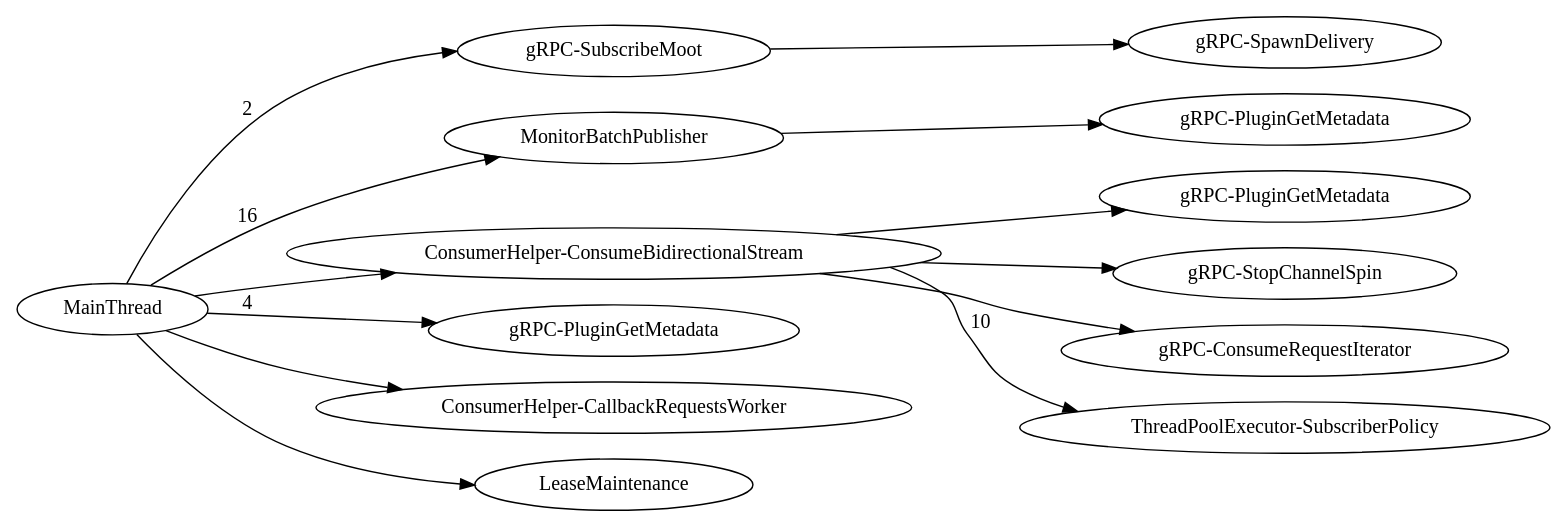
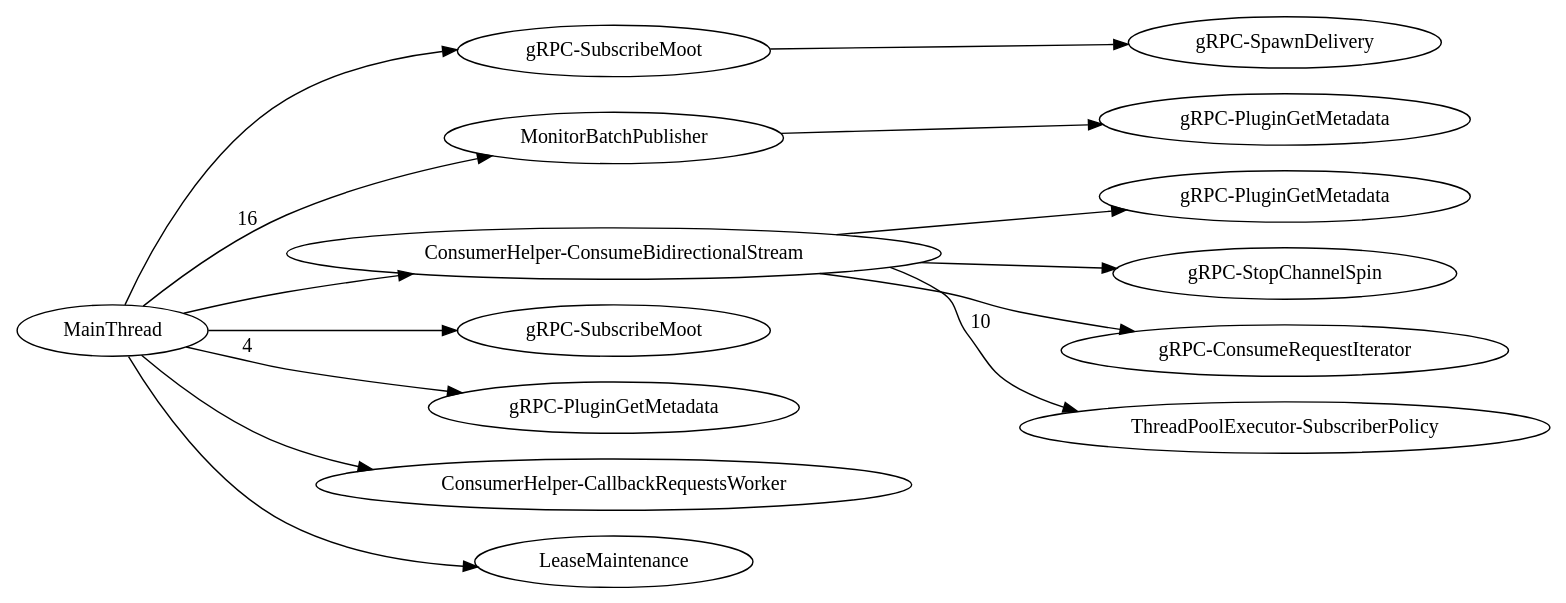
One commit to dhermes/google-cloud-pubsub-performance changed the diagram in issue-4238/0.29.2.dot. Above: the diagram before and after it, drawn with Graphviz. The commit also changed 8 other files, not shown here.

```diff
--- a/issue-4238/0.29.2.dot
+++ b/issue-4238/0.29.2.dot
@@ -1,62 +1,67 @@
 digraph G {
 rankdir=LR;
+subgraph  {
+}
+
 subgraph  {
 subgraph  {
 }
 
-"Thread-gRPC-SubscribeMoot" -> "Thread-gRPC-SpawnDelivery";
+"Thread-gRPC-SubscribeMoot+" -> "Thread-gRPC-SpawnDelivery";
 }
 
 subgraph  {
 }
 
 subgraph  {
 subgraph  {
 }
 
 "Thread-MonitorBatchPublisher" -> "Thread-gRPC-PluginGetMetadata++";
 }
 
 subgraph  {
 }
 
 subgraph  {
 subgraph  {
 }
 
 subgraph  {
 }
 
 subgraph  {
 }
 
 subgraph  {
 }
 
 "Thread-ConsumerHelper-ConsumeBidirectionalStream" -> "Thread-gRPC-PluginGetMetadata++++++++++++++++++";
 "Thread-ConsumerHelper-ConsumeBidirectionalStream" -> "Thread-gRPC-StopChannelSpin";
 "Thread-ConsumerHelper-ConsumeBidirectionalStream" -> "Thread-gRPC-ConsumeRequestIterator";
 "Thread-ConsumerHelper-ConsumeBidirectionalStream" -> "ThreadPoolExecutor-SubscriberPolicy"  [label=10];
 }
 
 subgraph  {
 }
 
-MainThread -> "Thread-gRPC-SubscribeMoot"  [label=2];
+MainThread -> "Thread-gRPC-SubscribeMoot";
+MainThread -> "Thread-gRPC-SubscribeMoot+";
 MainThread -> "Thread-gRPC-PluginGetMetadata"  [label=4];
 MainThread -> "Thread-MonitorBatchPublisher"  [label=16];
 MainThread -> "Thread-ConsumerHelper-CallbackRequestsWorker";
 MainThread -> "Thread-ConsumerHelper-ConsumeBidirectionalStream";
 MainThread -> "Thread-LeaseMaintenance";
-"Thread-gRPC-PluginGetMetadata++" [label="gRPC-PluginGetMetadata"];
-"Thread-ConsumerHelper-ConsumeBidirectionalStream" [label="ConsumerHelper-ConsumeBidirectionalStream"];
+"Thread-gRPC-SubscribeMoot+" [label="gRPC-SubscribeMoot"];
+"Thread-ConsumerHelper-CallbackRequestsWorker" [label="ConsumerHelper-CallbackRequestsWorker"];
+"Thread-gRPC-PluginGetMetadata" [label="gRPC-PluginGetMetadata"];
+"Thread-LeaseMaintenance" [label=LeaseMaintenance];
+"Thread-gRPC-SubscribeMoot" [label="gRPC-SubscribeMoot"];
+"Thread-MonitorBatchPublisher" [label=MonitorBatchPublisher];
 "Thread-gRPC-SpawnDelivery" [label="gRPC-SpawnDelivery"];
 "Thread-gRPC-PluginGetMetadata++++++++++++++++++" [label="gRPC-PluginGetMetadata"];
-"Thread-MonitorBatchPublisher" [label=MonitorBatchPublisher];
-"Thread-LeaseMaintenance" [label=LeaseMaintenance];
+"Thread-gRPC-PluginGetMetadata++" [label="gRPC-PluginGetMetadata"];
 "Thread-gRPC-StopChannelSpin" [label="gRPC-StopChannelSpin"];
-"Thread-ConsumerHelper-CallbackRequestsWorker" [label="ConsumerHelper-CallbackRequestsWorker"];
-"Thread-gRPC-SubscribeMoot" [label="gRPC-SubscribeMoot"];
-"Thread-gRPC-PluginGetMetadata" [label="gRPC-PluginGetMetadata"];
 "Thread-gRPC-ConsumeRequestIterator" [label="gRPC-ConsumeRequestIterator"];
+"Thread-ConsumerHelper-ConsumeBidirectionalStream" [label="ConsumerHelper-ConsumeBidirectionalStream"];
 }
```
